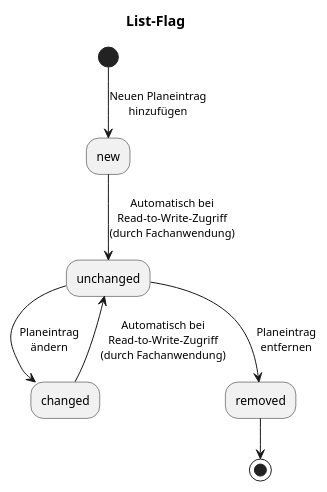
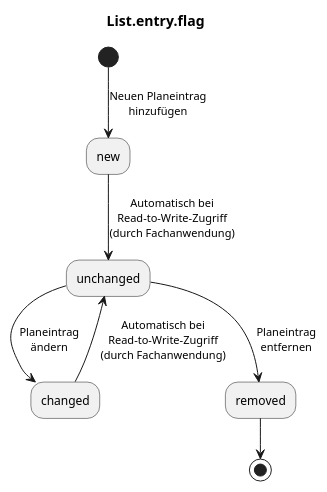
One commit to HL7Austria/ELGA-e-Medikation-R4 changed the diagram in input/images-source/stateDiagram_list_flag.plantuml. Above: the diagram before and after it, drawn with PlantUML. The commit also changed 26 other files, not shown here.

```diff
--- a/input/images-source/stateDiagram_list_flag.plantuml
+++ b/input/images-source/stateDiagram_list_flag.plantuml
@@ -1,10 +1,10 @@
 @startuml
-title List-Flag
+title List.entry.flag
 
 (*) -d-> [Neuen Planeintrag\nhinzufügen] new
 new --> [Automatisch bei\nRead-to-Write-Zugriff\n(durch Fachanwendung)] unchanged
 changed --> [Automatisch bei\nRead-to-Write-Zugriff\n(durch Fachanwendung)] unchanged
 unchanged --> [Planeintrag\nändern] changed
 unchanged -d-> [Planeintrag\nentfernen] removed
 removed  -d-> (*)
 @enduml
```
